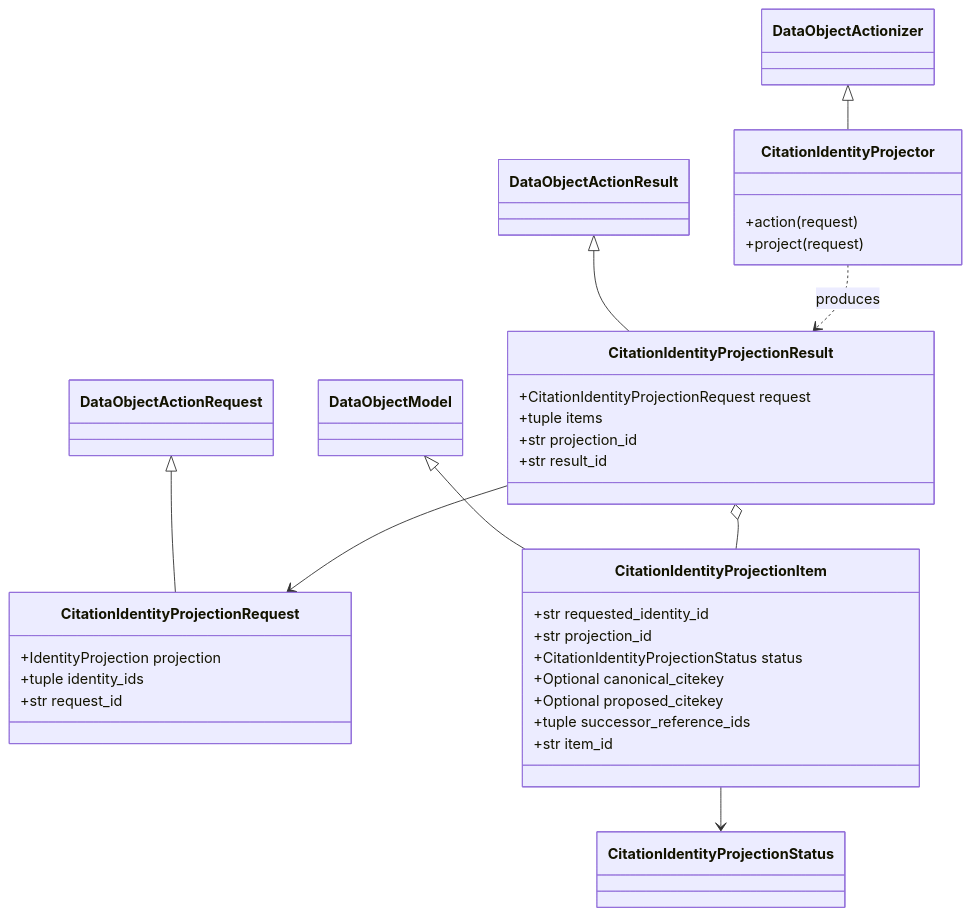
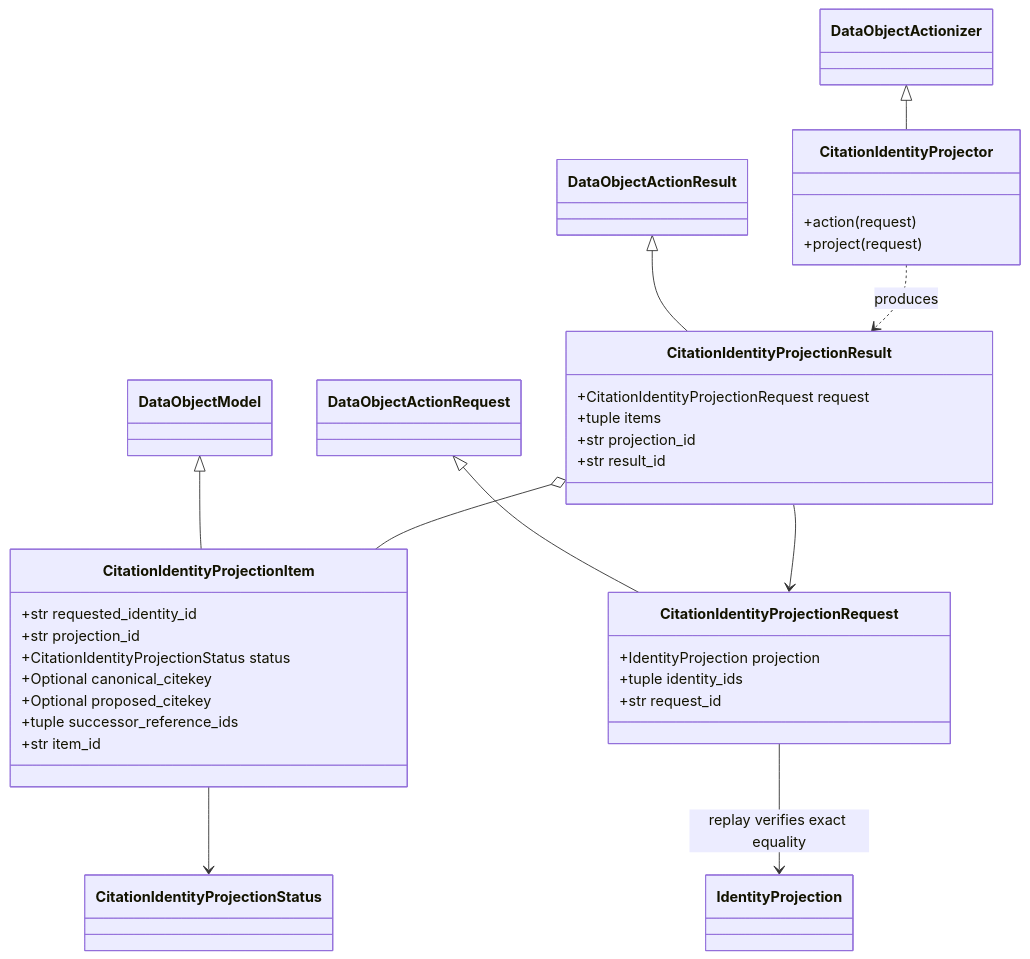
One commit to eragasa/projectkoios-references changed the diagram in docs/architecture/projectkoios/references/citation_identity/schematic.md. Above: the diagram before and after it, drawn with Mermaid. The commit also changed 6 other files, not shown here.

Commit message:
Harden citation identity projection inputs

````diff
--- a/docs/architecture/projectkoios/references/citation_identity/schematic.md
+++ b/docs/architecture/projectkoios/references/citation_identity/schematic.md
@@ -3,40 +3,42 @@
 ```mermaid
 classDiagram
     class DataObjectActionRequest
     class DataObjectModel
     class DataObjectActionResult
     class DataObjectActionizer
+    class IdentityProjection
     class CitationIdentityProjectionStatus
     class CitationIdentityProjectionRequest {
         +IdentityProjection projection
         +tuple identity_ids
         +str request_id
     }
     class CitationIdentityProjectionItem {
         +str requested_identity_id
         +str projection_id
         +CitationIdentityProjectionStatus status
         +Optional canonical_citekey
         +Optional proposed_citekey
         +tuple successor_reference_ids
         +str item_id
     }
     class CitationIdentityProjectionResult {
         +CitationIdentityProjectionRequest request
         +tuple items
         +str projection_id
         +str result_id
     }
     class CitationIdentityProjector {
         +action(request)
         +project(request)
     }
     DataObjectActionRequest <|-- CitationIdentityProjectionRequest
+    CitationIdentityProjectionRequest --> IdentityProjection : replay verifies exact equality
     DataObjectModel <|-- CitationIdentityProjectionItem
     DataObjectActionResult <|-- CitationIdentityProjectionResult
     DataObjectActionizer <|-- CitationIdentityProjector
     CitationIdentityProjectionItem --> CitationIdentityProjectionStatus
     CitationIdentityProjectionResult o-- CitationIdentityProjectionItem
     CitationIdentityProjectionResult --> CitationIdentityProjectionRequest
     CitationIdentityProjector ..> CitationIdentityProjectionResult : produces
 ```
````
